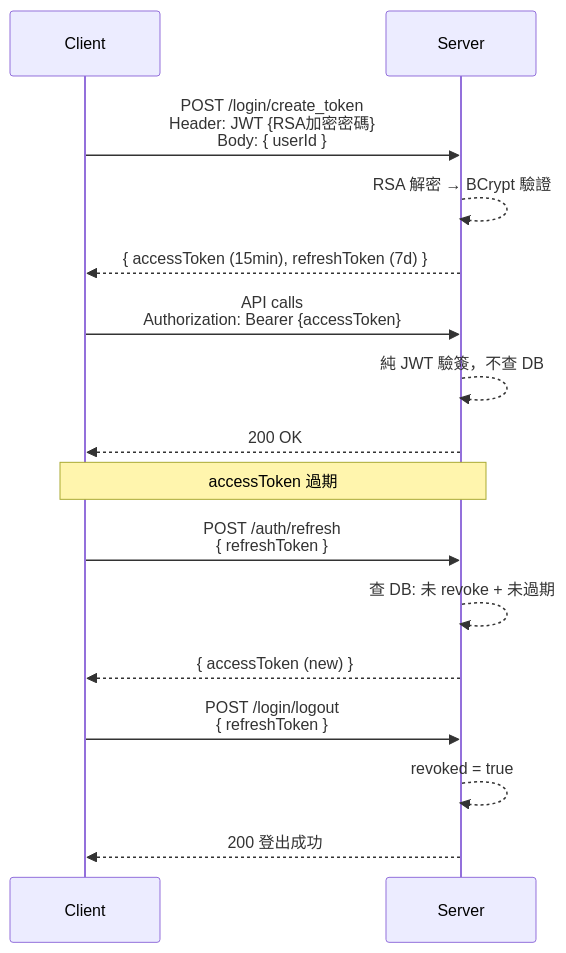
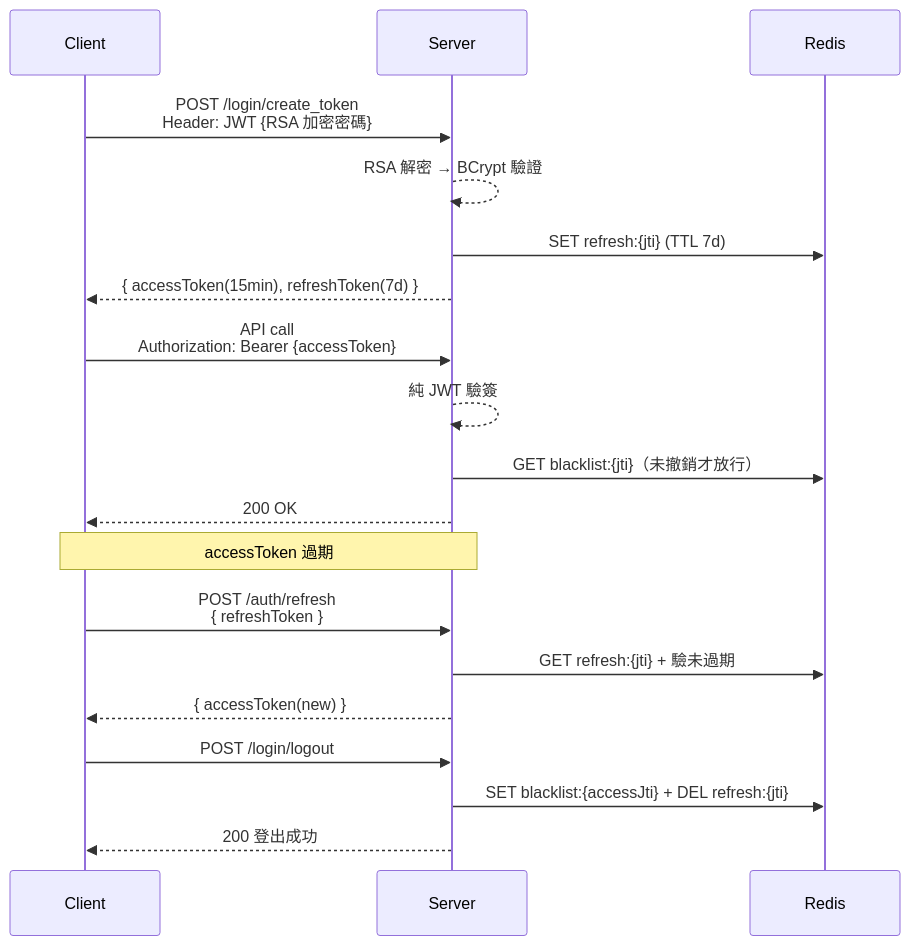
Before and after one commit to AlleyCC/order_sys: the first of 6 diagrams in README.md, drawn with Mermaid. The commit also changed other lines of this file, not shown here.

````diff
--- a/README.md
+++ b/README.md
@@ -155,23 +145,26 @@
 ```mermaid
 sequenceDiagram
     participant C as Client
     participant S as Server
+    participant R as Redis
 
-    C->>S: POST /login/create_token<br/>Header: JWT {RSA加密密碼}<br/>Body: { userId }
+    C->>S: POST /login/create_token<br/>Header: JWT {RSA 加密密碼}
     S-->>S: RSA 解密 → BCrypt 驗證
-    S-->>C: { accessToken (15min), refreshToken (7d) }
+    S->>R: SET refresh:{jti} (TTL 7d)
+    S-->>C: { accessToken(15min), refreshToken(7d) }
 
-    C->>S: API calls<br/>Authorization: Bearer {accessToken}
-    S-->>S: 純 JWT 驗簽，不查 DB
+    C->>S: API call<br/>Authorization: Bearer {accessToken}
+    S-->>S: 純 JWT 驗簽
+    S->>R: GET blacklist:{jti}（未撤銷才放行）
     S-->>C: 200 OK
 
     Note over C,S: accessToken 過期
 
     C->>S: POST /auth/refresh<br/>{ refreshToken }
-    S-->>S: 查 DB: 未 revoke + 未過期
-    S-->>C: { accessToken (new) }
+    S->>R: GET refresh:{jti} + 驗未過期
+    S-->>C: { accessToken(new) }
 
-    C->>S: POST /login/logout<br/>{ refreshToken }
-    S-->>S: revoked = true
+    C->>S: POST /login/logout
+    S->>R: SET blacklist:{accessJti} + DEL refresh:{jti}
     S-->>C: 200 登出成功
 ```
````
